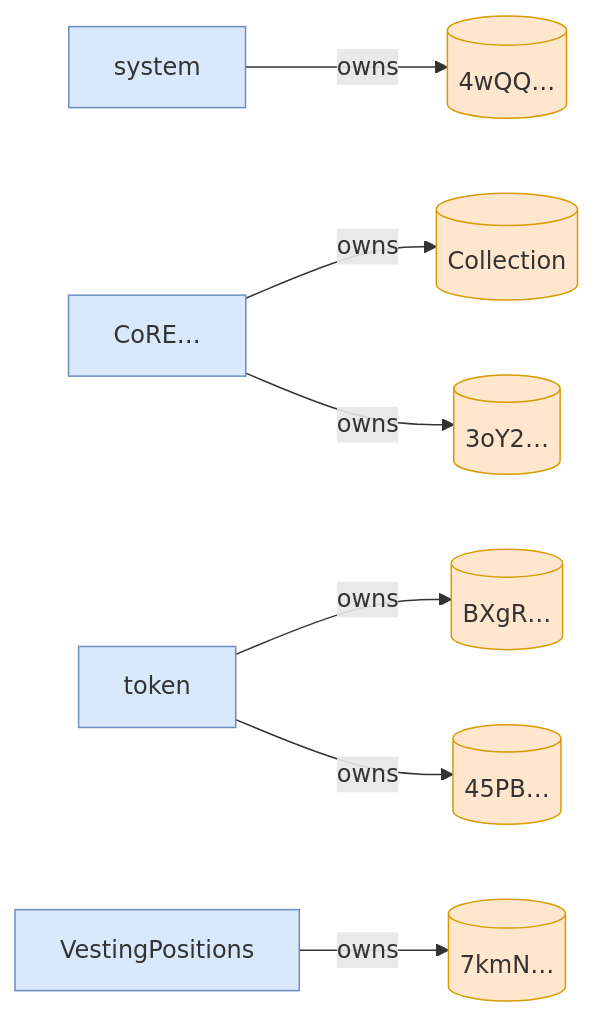
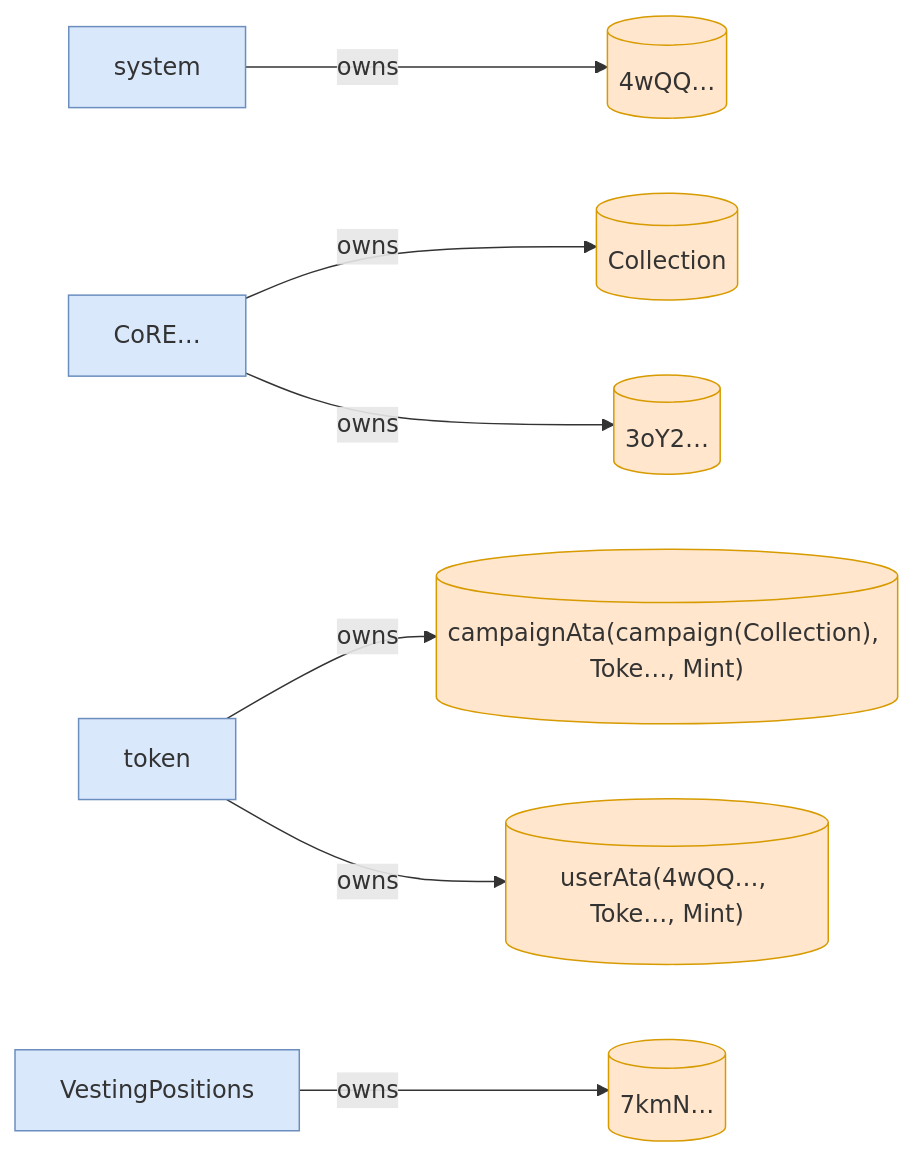
Before and after one commit to cds-turbin3/vesting-position: the ninth of 9 diagrams in babelfish-tests/test-report/scenario_6_not_owner_subsequent_claim_fails.md, drawn with Mermaid. The commit also changed other lines of this file and 51 other files, not shown here.

````diff
--- a/babelfish-tests/test-report/scenario_6_not_owner_subsequent_claim_fails.md
+++ b/babelfish-tests/test-report/scenario_6_not_owner_subsequent_claim_fails.md
@@ -469,22 +409,22 @@
 ```mermaid
 flowchart LR
     system["system"]:::program
     4wQQ[("4wQQ…")]:::state
     CoRE["CoRE…"]:::program
     Collection[("Collection")]:::state
     token["token"]:::program
-    BXgR[("BXgR…")]:::state
-    45PB[("45PB…")]:::state
+    campaignAtacampaignCollectionTokeMint[("campaignAta(campaign(Collection), Toke…, Mint)")]:::state
+    userAta4wQQTokeMint[("userAta(4wQQ…, Toke…, Mint)")]:::state
     3oY2[("3oY2…")]:::state
     VestingPositions["VestingPositions"]:::program
     7kmN[("7kmN…")]:::state
     system -->|owns| 4wQQ
     CoRE -->|owns| Collection
-    token -->|owns| BXgR
-    token -->|owns| 45PB
+    token -->|owns| campaignAtacampaignCollectionTokeMint
+    token -->|owns| userAta4wQQTokeMint
     CoRE -->|owns| 3oY2
     VestingPositions -->|owns| 7kmN
     classDef program fill:#dae8fc,stroke:#6c8ebf;
     classDef signer fill:#d5e8d4,stroke:#82b366;
     classDef state fill:#ffe6cc,stroke:#d79b00;
 ```
````
